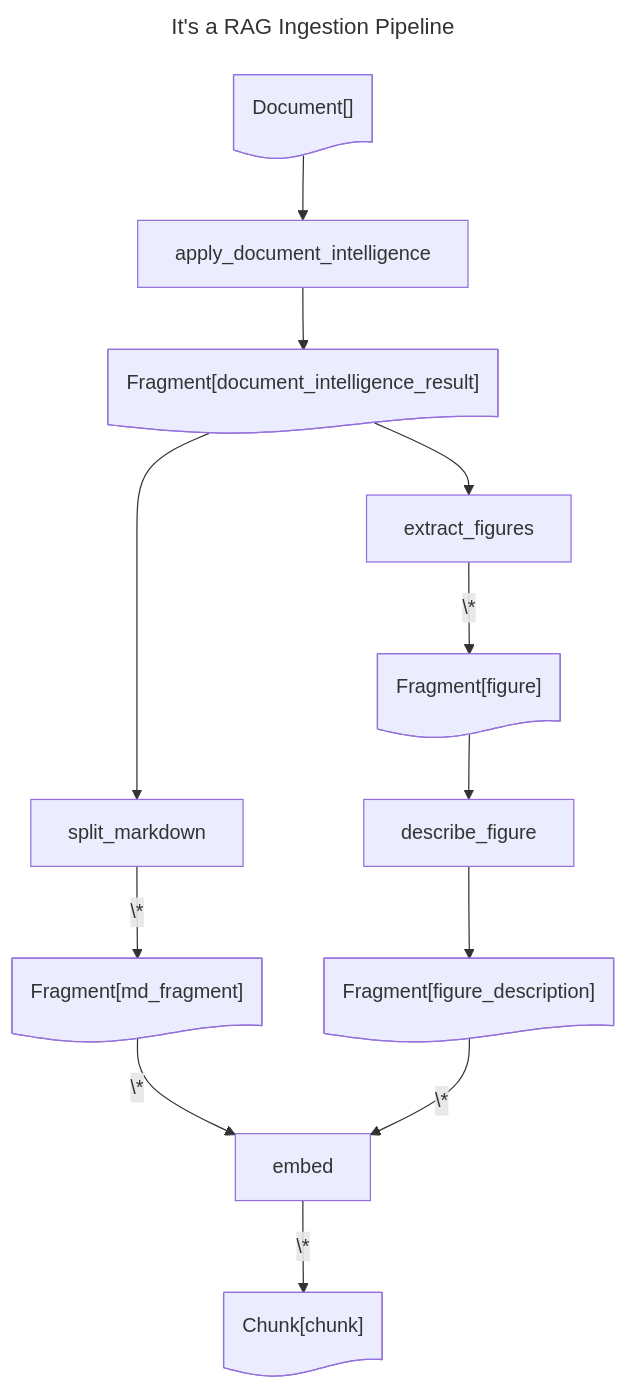
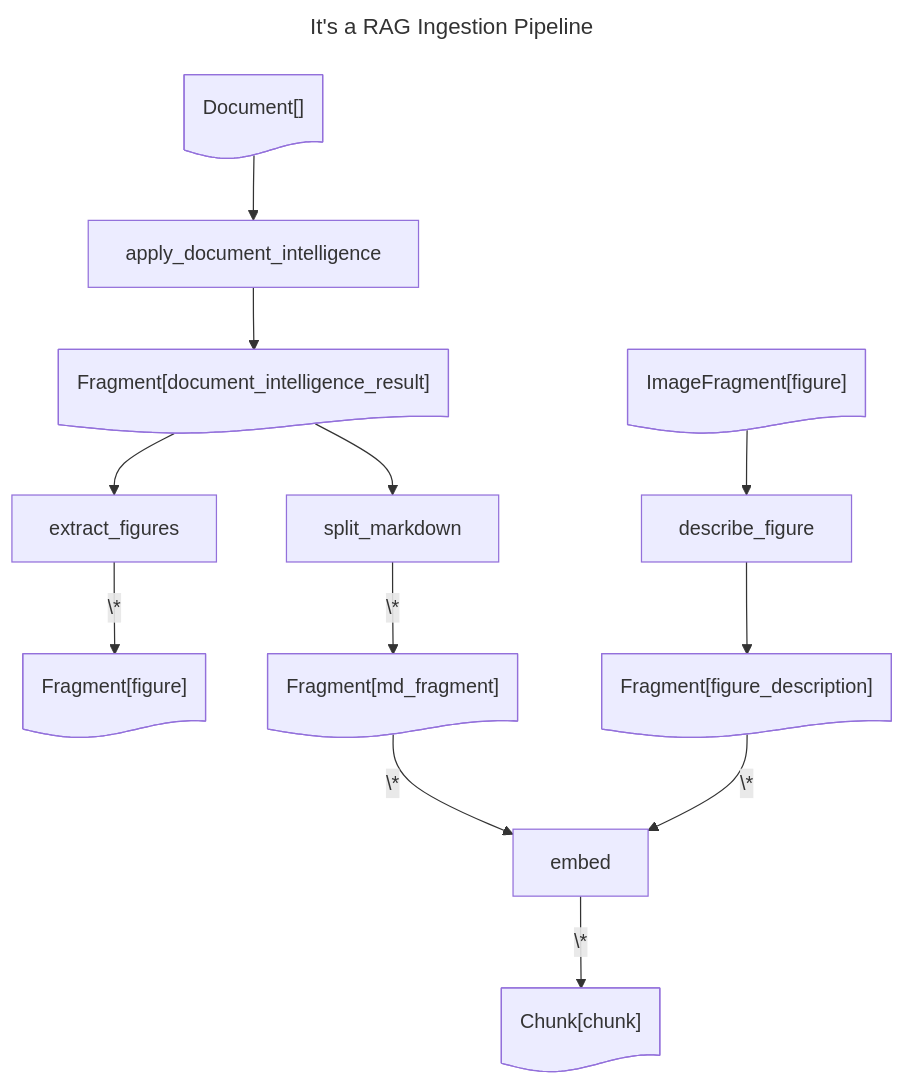
One commit to Azure-Samples/az-ai-catalyst changed the diagram in examples/itsarag.md. Above: the diagram before and after it, drawn with Mermaid. The commit also changed 10 other files, not shown here.

Commit message:
Polishing code by adding helper methods to fragments, introduced ImageFragment

````diff
--- a/examples/itsarag.md
+++ b/examples/itsarag.md
@@ -1,28 +1,29 @@
 ```mermaid
 ---
 title: It's a RAG Ingestion Pipeline
 ---
 flowchart TD
     Document_@{ shape: doc, label: "Document[]" }
     Fragment_document_intelligence_result@{ shape: doc, label: "Fragment[document_intelligence_result]" }
     apply_document_intelligence@{ shape: rect, label: "apply_document_intelligence" }
     Fragment_figure@{ shape: doc, label: "Fragment[figure]" }
     extract_figures@{ shape: rect, label: "extract_figures" }
+    ImageFragment_figure@{ shape: doc, label: "ImageFragment[figure]" }
     Fragment_figure_description@{ shape: doc, label: "Fragment[figure_description]" }
     describe_figure@{ shape: rect, label: "describe_figure" }
     Fragment_md_fragment@{ shape: doc, label: "Fragment[md_fragment]" }
     split_markdown@{ shape: rect, label: "split_markdown" }
     Chunk_chunk@{ shape: doc, label: "Chunk[chunk]" }
     embed@{ shape: rect, label: "embed" }
     Document_ --> apply_document_intelligence
     apply_document_intelligence --> Fragment_document_intelligence_result
     Fragment_document_intelligence_result --> extract_figures
     extract_figures -- \* --> Fragment_figure
-    Fragment_figure --> describe_figure
+    ImageFragment_figure --> describe_figure
     describe_figure --> Fragment_figure_description
     Fragment_document_intelligence_result --> split_markdown
     split_markdown -- \* --> Fragment_md_fragment
     Fragment_md_fragment -- \* --> embed
     Fragment_figure_description -- \* --> embed
     embed -- \* --> Chunk_chunk
 ```
````
